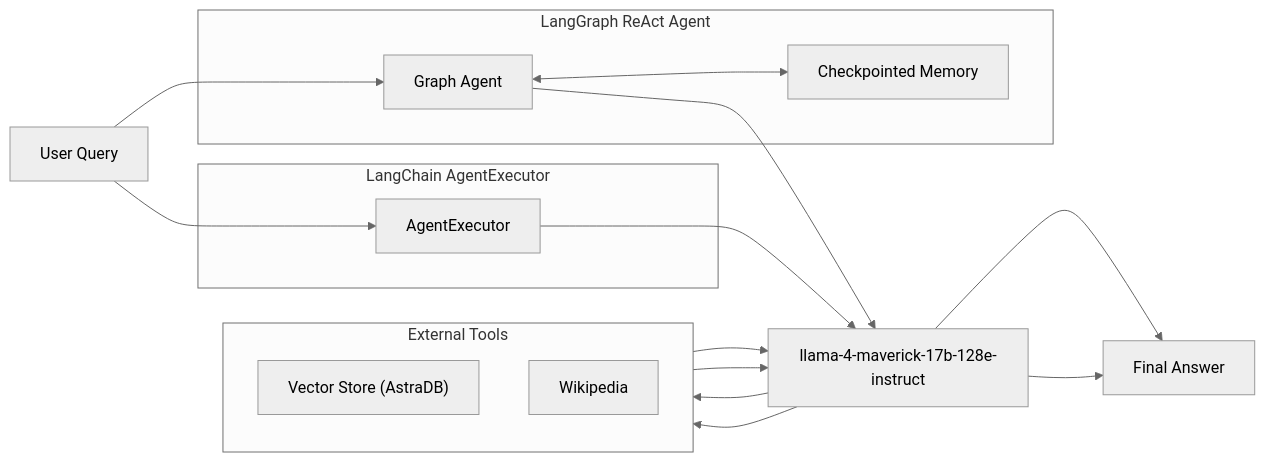
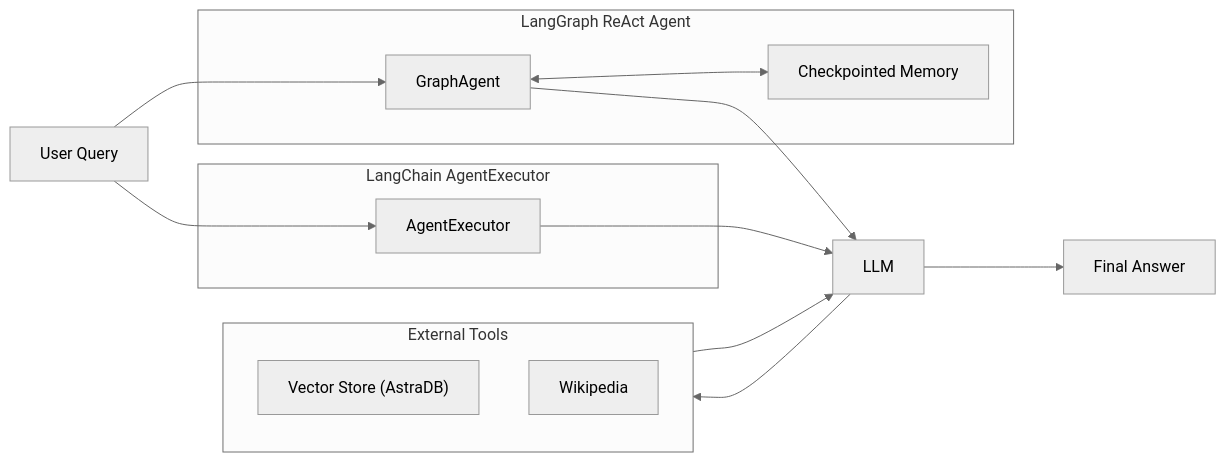
The diagram in README.md (AmanShaikh-IN/Stateful-Agent-Systems), drawn with Mermaid (neutral theme) before and after one commit.

````diff
--- a/README.md
+++ b/README.md
@@ -26,39 +26,36 @@
 ```mermaid
 flowchart LR
     U["User Query"]
 
     subgraph LC["LangChain AgentExecutor"]
         LC_AGENT["AgentExecutor"]
     end
 
     subgraph LG["LangGraph ReAct Agent"]
-        LG_AGENT["Graph Agent"]
+        LG_AGENT["GraphAgent"]
         MEM["Checkpointed Memory"]
     end
 
     subgraph TOOLS["External Tools"]
         VS["Vector Store (AstraDB)"]
         WK["Wikipedia"]
     end
 
-    LLM["llama-4-maverick-17b-128e-instruct"]
+    LLM["LLM"]
     RESP["Final Answer"]
 
     U --> LC_AGENT
     U --> LG_AGENT
 
     LC_AGENT --> LLM
     LG_AGENT --> LLM
 
     LG_AGENT <--> MEM
 
     LLM --> TOOLS
-    LLM --> TOOLS
 
-    TOOLS --> LLM
     TOOLS --> LLM
 
     LLM --> RESP
-    LLM --> RESP
 
 ``` 
````
